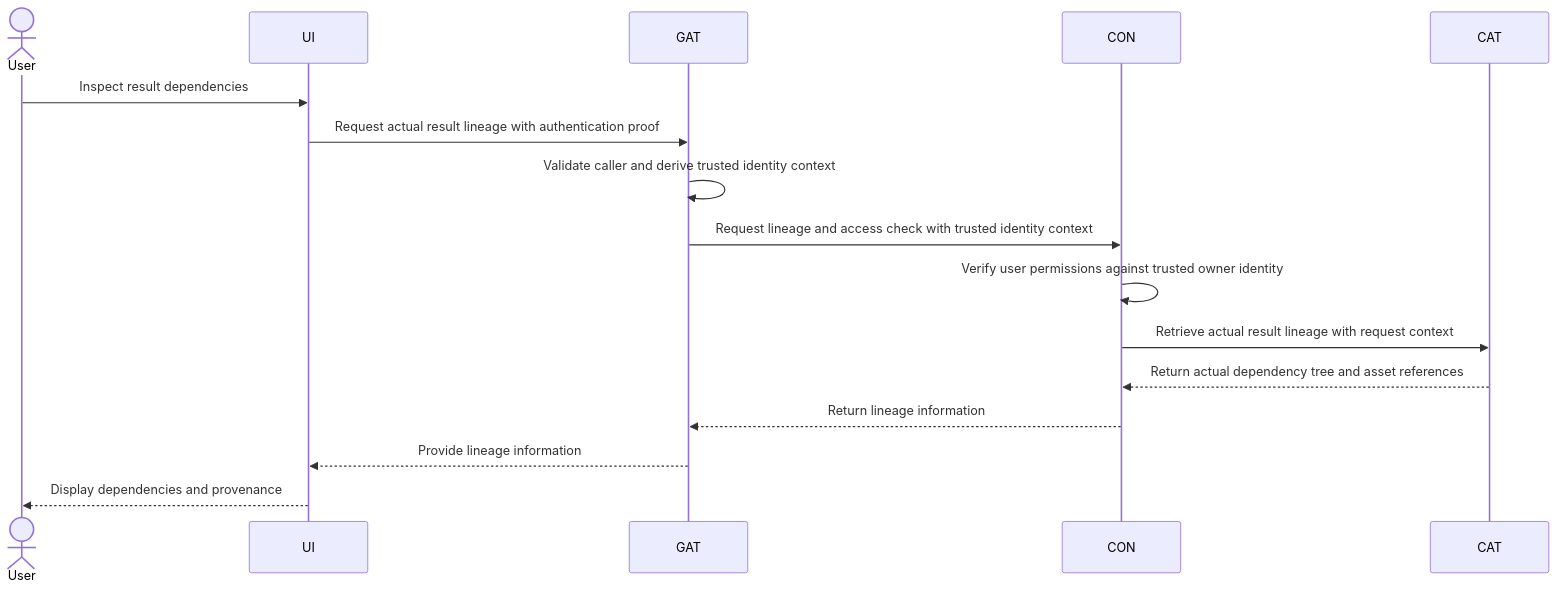
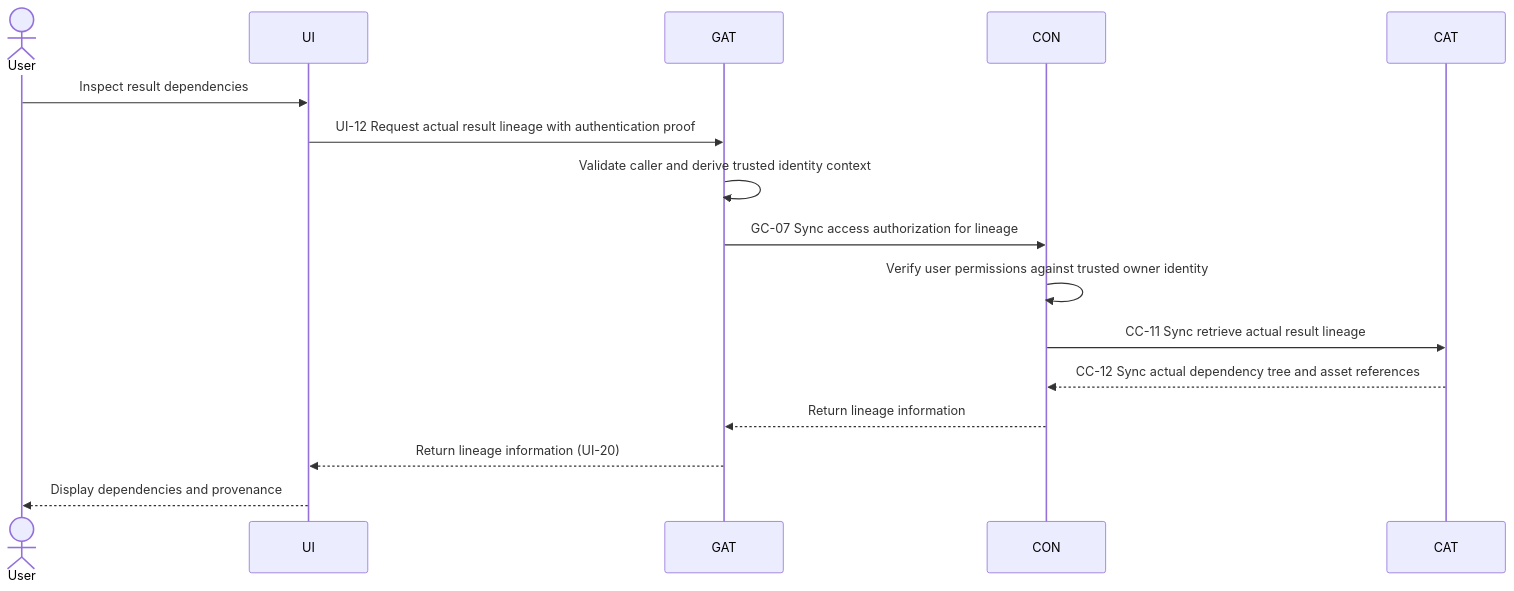
The second of 4 diagrams in documentation/architecture/sequence_diagrams/retrieve-and-display-result.md (arnaudsomville/MEOGAP), drawn with Mermaid before and after one commit. The commit also changed other lines of this file, not shown here.

Commit message:
Align sequence workflows with async decisions

````diff
--- a/documentation/architecture/sequence_diagrams/retrieve-and-display-result.md
+++ b/documentation/architecture/sequence_diagrams/retrieve-and-display-result.md
@@ -53,19 +53,19 @@
 ```mermaid
 sequenceDiagram
     actor User
     participant UI
     participant GAT
     participant CON
     participant CAT
 
     User->>UI: Inspect result dependencies
-    UI->>GAT: Request actual result lineage with authentication proof
+    UI->>GAT: UI-12 Request actual result lineage with authentication proof
     GAT->>GAT: Validate caller and derive trusted identity context
-    GAT->>CON: Request lineage and access check with trusted identity context
+    GAT->>CON: GC-07 Sync access authorization for lineage
     CON->>CON: Verify user permissions against trusted owner identity
-    CON->>CAT: Retrieve actual result lineage with request context
-    CAT-->>CON: Return actual dependency tree and asset references
+    CON->>CAT: CC-11 Sync retrieve actual result lineage
+    CAT-->>CON: CC-12 Sync actual dependency tree and asset references
     CON-->>GAT: Return lineage information
-    GAT-->>UI: Provide lineage information
+    GAT-->>UI: Return lineage information (UI-20)
     UI-->>User: Display dependencies and provenance
 ```
````
